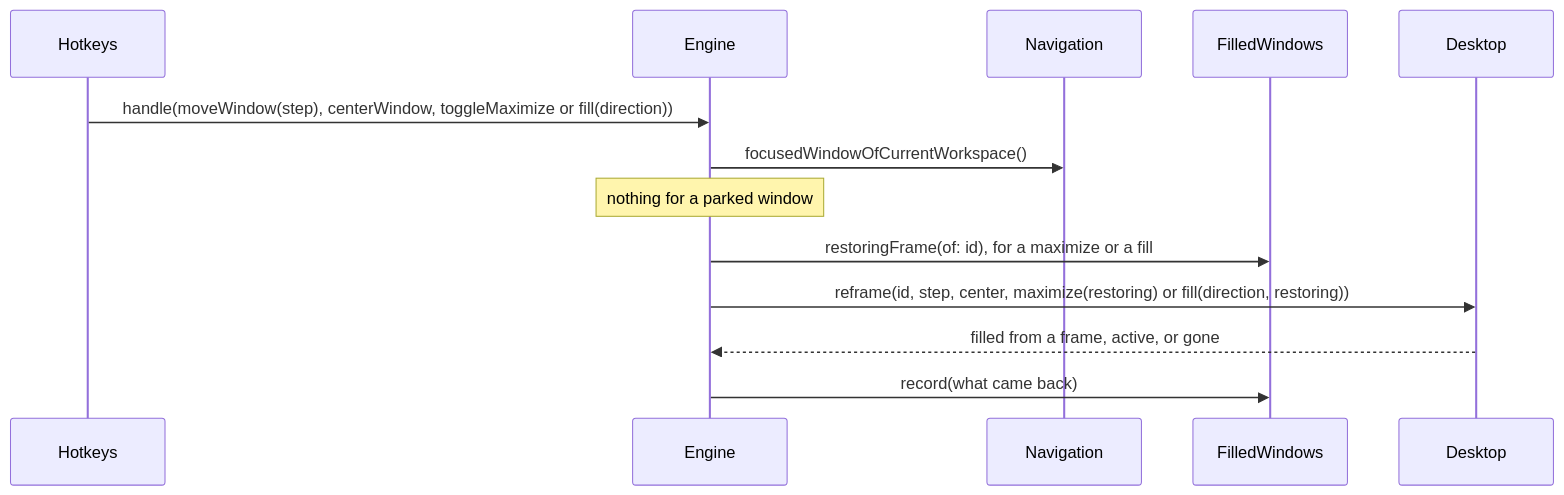
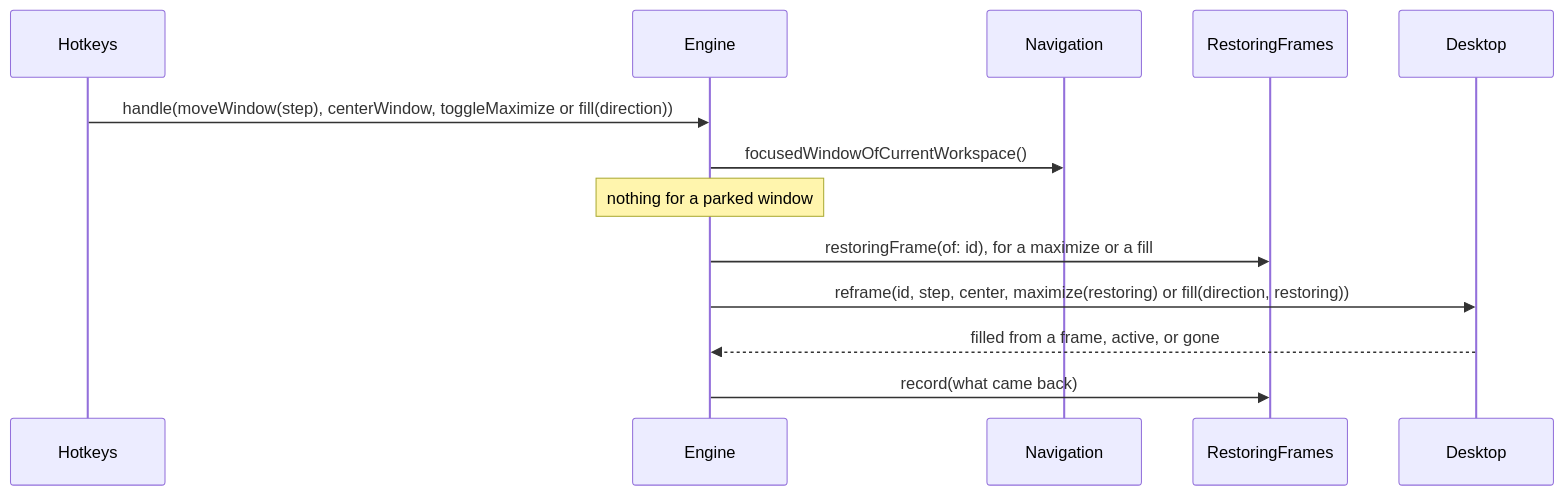
Diagram 11 of 19 in ARCHITECTURE.md (brennovich/ottowm), drawn with Mermaid before and after one commit. The commit also changed other lines of this file and 7 other files, not shown here.

First line of the commit message:
Name the restoring frames after what they hold

````diff
--- a/ARCHITECTURE.md
+++ b/ARCHITECTURE.md
@@ -282,10 +282,10 @@
 ```mermaid
 sequenceDiagram
     Hotkeys->>Engine: handle(moveWindow(step), centerWindow, toggleMaximize or fill(direction))
     Engine->>Navigation: focusedWindowOfCurrentWorkspace()
     Note over Engine: nothing for a parked window
-    Engine->>FilledWindows: restoringFrame(of: id), for a maximize or a fill
+    Engine->>RestoringFrames: restoringFrame(of: id), for a maximize or a fill
     Engine->>Desktop: reframe(id, step, center, maximize(restoring) or fill(direction, restoring))
     Desktop-->>Engine: filled from a frame, active, or gone
-    Engine->>FilledWindows: record(what came back)
+    Engine->>RestoringFrames: record(what came back)
 ```
````
